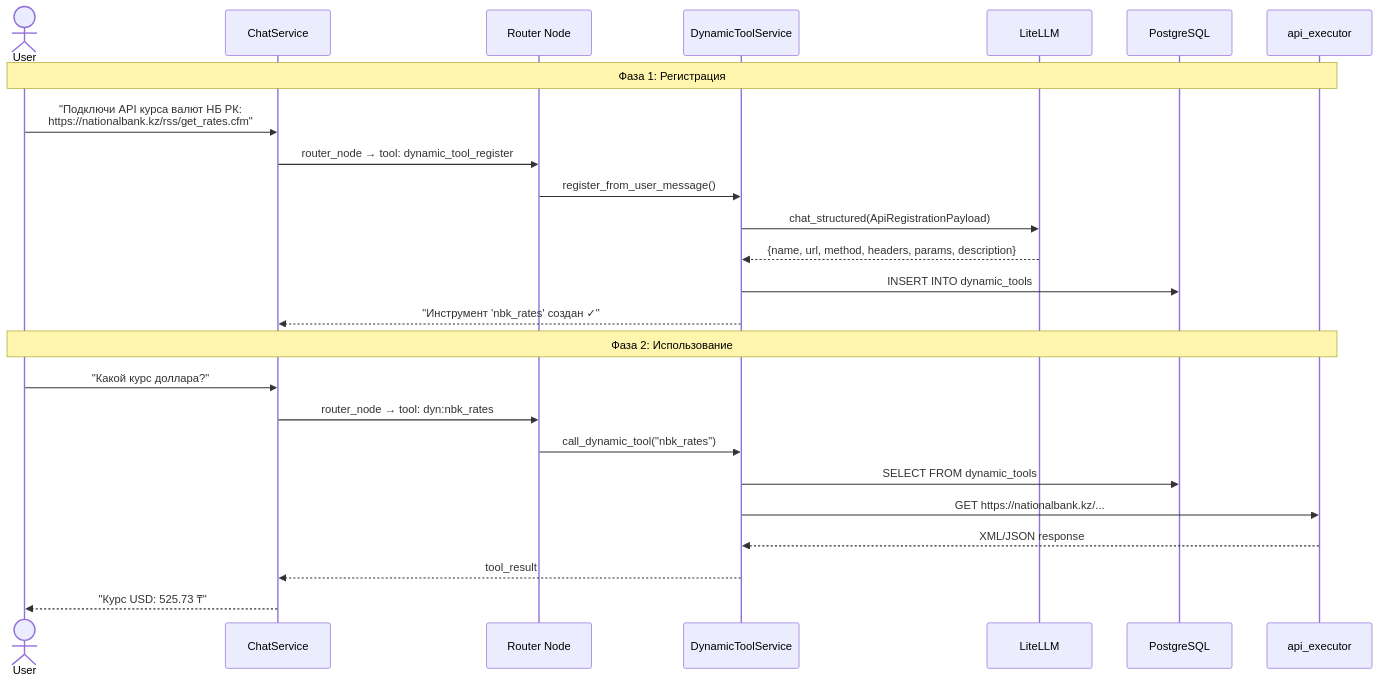
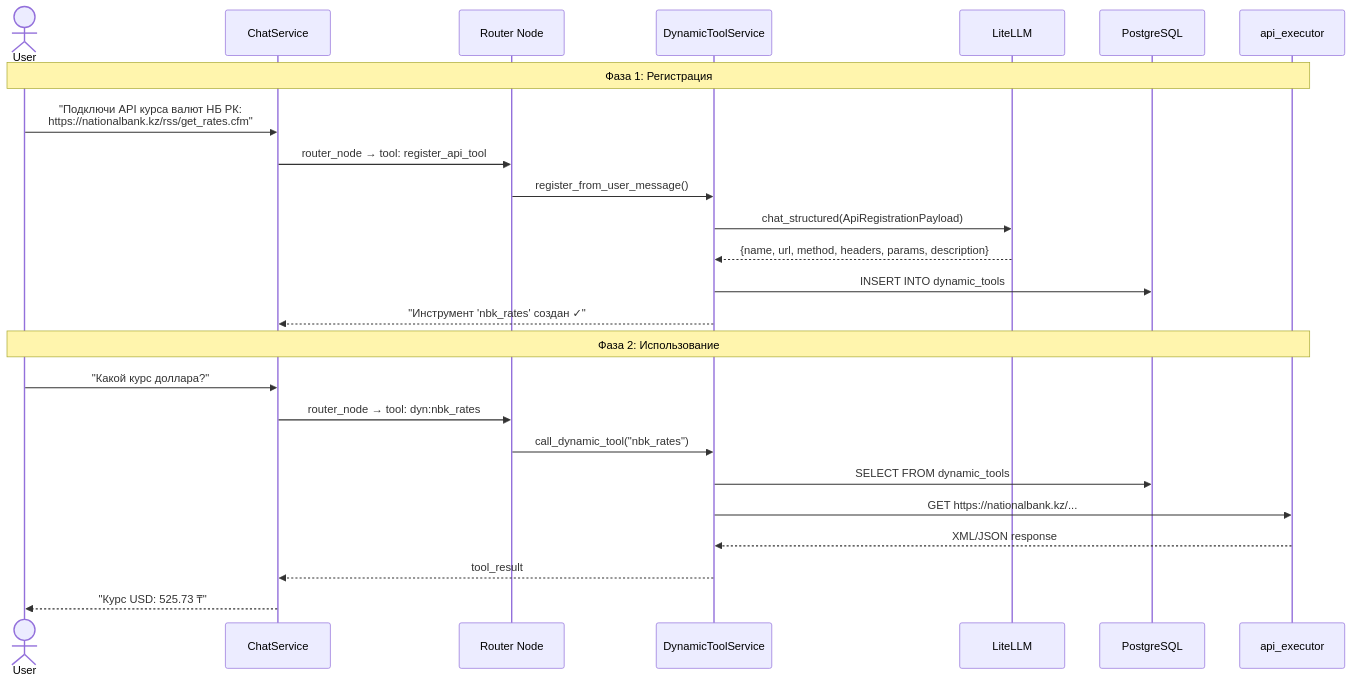
The sixth of 13 diagrams in backend/ARCHITECTURE.md (Rommagcom/smartai), drawn with Mermaid before and after one commit. The commit also changed other lines of this file and 27 other files, not shown here.

````diff
--- a/backend/ARCHITECTURE.md
+++ b/backend/ARCHITECTURE.md
@@ -363,31 +363,31 @@
 ```mermaid
 sequenceDiagram
     actor User
     participant Chat as ChatService
     participant Router as Router Node
     participant DynSvc as DynamicToolService
     participant LLM as LiteLLM
     participant DB as PostgreSQL
     participant HTTP as api_executor
 
     Note over User,HTTP: Фаза 1: Регистрация
 
     User ->> Chat: "Подключи API курса валют НБ РК:<br/>https://nationalbank.kz/rss/get_rates.cfm"
-    Chat ->> Router: router_node → tool: dynamic_tool_register
+    Chat ->> Router: router_node → tool: register_api_tool
     Router ->> DynSvc: register_from_user_message()
     DynSvc ->> LLM: chat_structured(ApiRegistrationPayload)
     LLM -->> DynSvc: {name, url, method, headers, params, description}
     DynSvc ->> DB: INSERT INTO dynamic_tools
     DynSvc -->> Chat: "Инструмент 'nbk_rates' создан ✓"
 
     Note over User,HTTP: Фаза 2: Использование
 
     User ->> Chat: "Какой курс доллара?"
     Chat ->> Router: router_node → tool: dyn:nbk_rates
     Router ->> DynSvc: call_dynamic_tool("nbk_rates")
     DynSvc ->> DB: SELECT FROM dynamic_tools
     DynSvc ->> HTTP: GET https://nationalbank.kz/...
     HTTP -->> DynSvc: XML/JSON response
     DynSvc -->> Chat: tool_result
     Chat -->> User: "Курс USD: 525.73 ₸"
 ```
````
